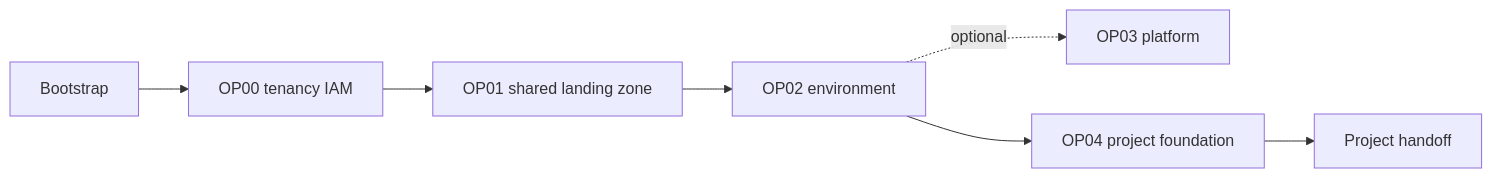
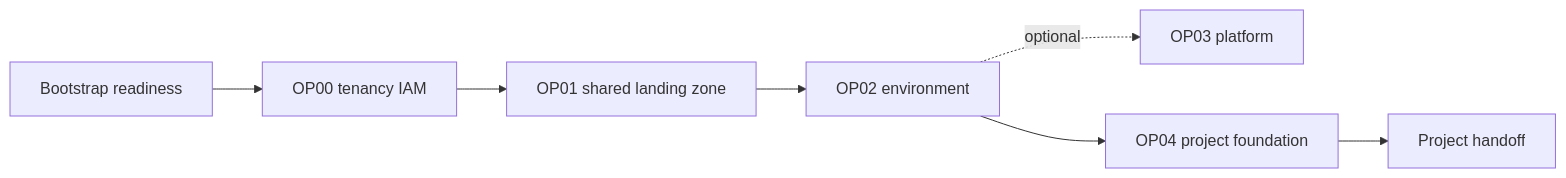
The diagram in oci-and-db/foundation/operations-advisory/multi-cloud-operating-models/oci-landing-zone/docs/architecture.md (oracle-devrel/technology-engineering), drawn with Mermaid before and after one commit. The commit also changed other lines of this file and 65 other files, not shown here.

````diff
--- a/oci-and-db/foundation/operations-advisory/multi-cloud-operating-models/oci-landing-zone/docs/architecture.md
+++ b/oci-and-db/foundation/operations-advisory/multi-cloud-operating-models/oci-landing-zone/docs/architecture.md
@@ -7,9 +7,9 @@
 ```mermaid
 flowchart LR
-  B[Bootstrap] --> O0[OP00 tenancy IAM]
+  B[Bootstrap readiness] --> O0[OP00 tenancy IAM]
   O0 --> O1[OP01 shared landing zone]
   O1 --> O2[OP02 environment]
   O2 -. optional .-> O3[OP03 platform]
   O2 --> O4[OP04 project foundation]
   O4 --> H[Project handoff]
 ```
````
